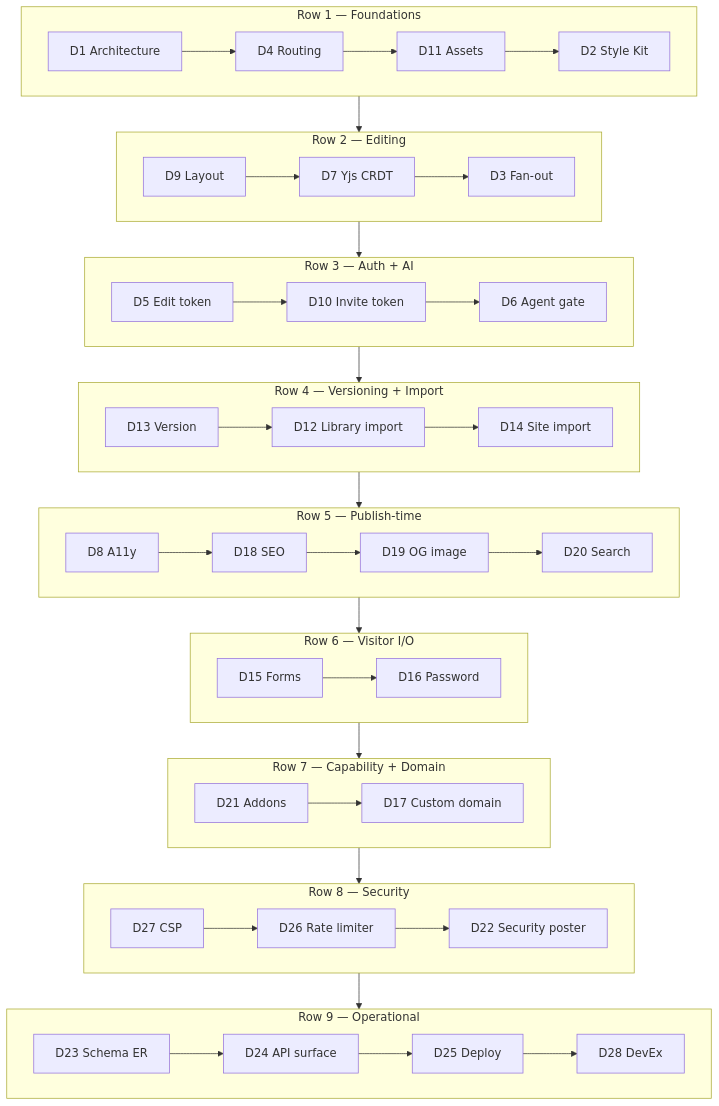
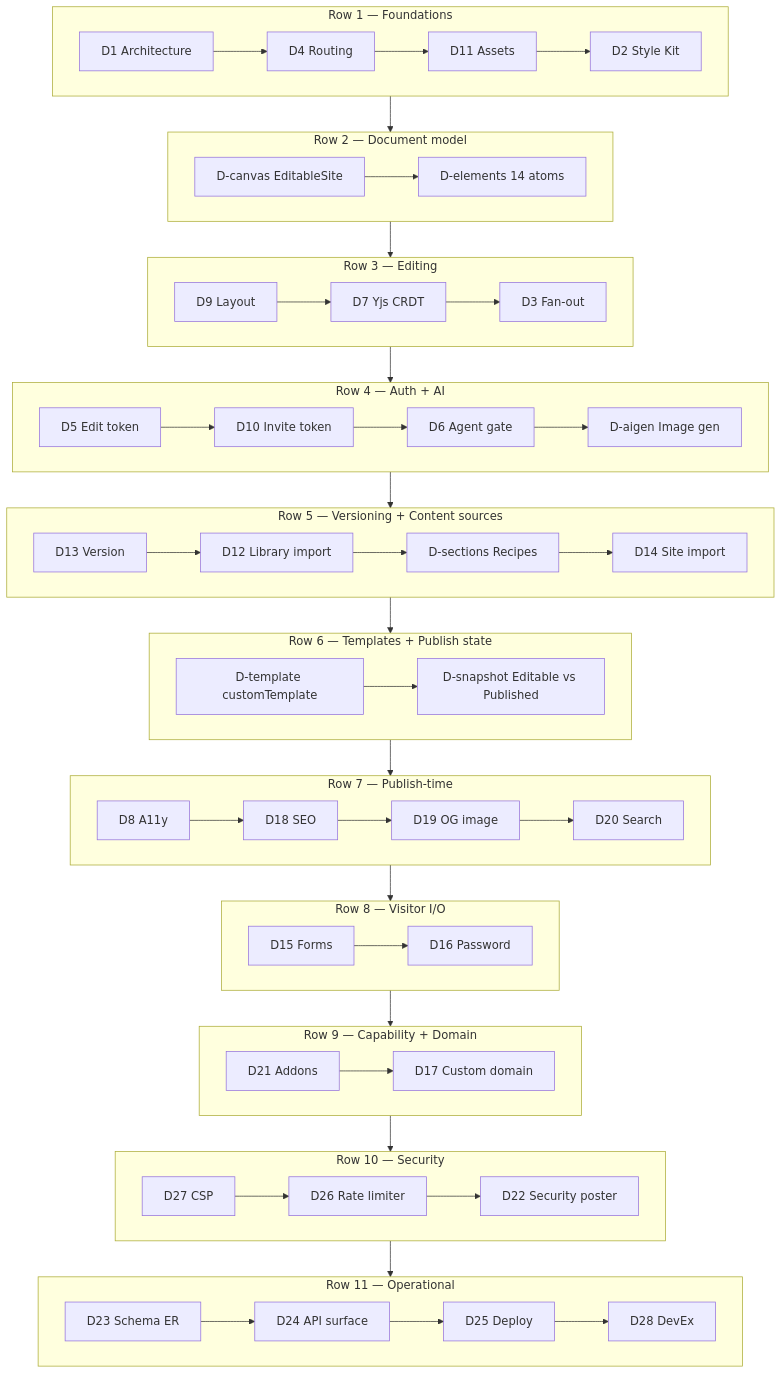
One commit to aayushman-singh/open-canvas changed the first of 35 diagrams in docs/demo/diagrams/live-draw-reference.md. Above: the diagram before and after it, drawn with Mermaid. The commit also changed other lines of this file and 1 other file, not shown here.

````diff
--- a/docs/demo/diagrams/live-draw-reference.md
+++ b/docs/demo/diagrams/live-draw-reference.md
@@ -34,40 +20,48 @@
 ```mermaid
 flowchart TB
   subgraph R1["Row 1 — Foundations"]
     direction LR
     D1[D1 Architecture] --> D4[D4 Routing] --> D11[D11 Assets] --> D2[D2 Style Kit]
   end
-  subgraph R2["Row 2 — Editing"]
+  subgraph R2["Row 2 — Document model"]
+    direction LR
+    DC[D-canvas EditableSite] --> DE[D-elements 14 atoms]
+  end
+  subgraph R3["Row 3 — Editing"]
     direction LR
     D9[D9 Layout] --> D7[D7 Yjs CRDT] --> D3[D3 Fan-out]
   end
-  subgraph R3["Row 3 — Auth + AI"]
+  subgraph R4["Row 4 — Auth + AI"]
     direction LR
-    D5[D5 Edit token] --> D10[D10 Invite token] --> D6[D6 Agent gate]
+    D5[D5 Edit token] --> D10[D10 Invite token] --> D6[D6 Agent gate] --> DAI[D-aigen Image gen]
   end
-  subgraph R4["Row 4 — Versioning + Import"]
+  subgraph R5["Row 5 — Versioning + Content sources"]
     direction LR
-    D13[D13 Version] --> D12[D12 Library import] --> D14[D14 Site import]
+    D13[D13 Version] --> D12[D12 Library import] --> DS[D-sections Recipes] --> D14[D14 Site import]
   end
-  subgraph R5["Row 5 — Publish-time"]
+  subgraph R6["Row 6 — Templates + Publish state"]
+    direction LR
+    DT[D-template customTemplate] --> DSN[D-snapshot Editable vs Published]
+  end
+  subgraph R7["Row 7 — Publish-time"]
     direction LR
     D8[D8 A11y] --> D18[D18 SEO] --> D19[D19 OG image] --> D20[D20 Search]
   end
-  subgraph R6["Row 6 — Visitor I/O"]
+  subgraph R8["Row 8 — Visitor I/O"]
     direction LR
     D15[D15 Forms] --> D16[D16 Password]
   end
-  subgraph R7["Row 7 — Capability + Domain"]
+  subgraph R9["Row 9 — Capability + Domain"]
     direction LR
     D21[D21 Addons] --> D17[D17 Custom domain]
   end
-  subgraph R8["Row 8 — Security"]
+  subgraph R10["Row 10 — Security"]
     direction LR
     D27[D27 CSP] --> D26[D26 Rate limiter] --> D22[D22 Security poster]
   end
-  subgraph R9["Row 9 — Operational"]
+  subgraph R11["Row 11 — Operational"]
     direction LR
     D23[D23 Schema ER] --> D24[D24 API surface] --> D25[D25 Deploy] --> D28[D28 DevEx]
   end
-  R1 --> R2 --> R3 --> R4 --> R5 --> R6 --> R7 --> R8 --> R9
+  R1 --> R2 --> R3 --> R4 --> R5 --> R6 --> R7 --> R8 --> R9 --> R10 --> R11
 ```
````
